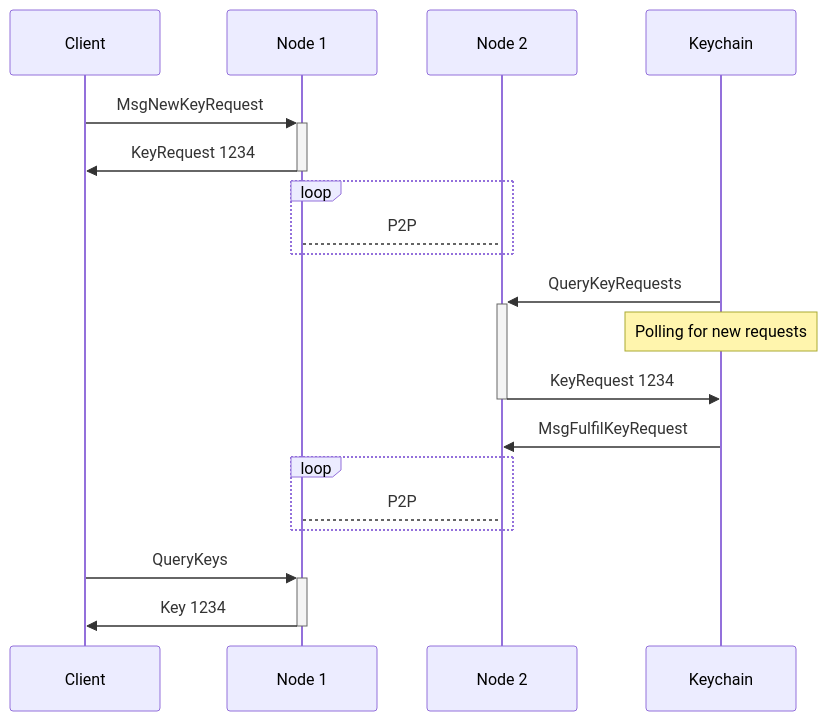
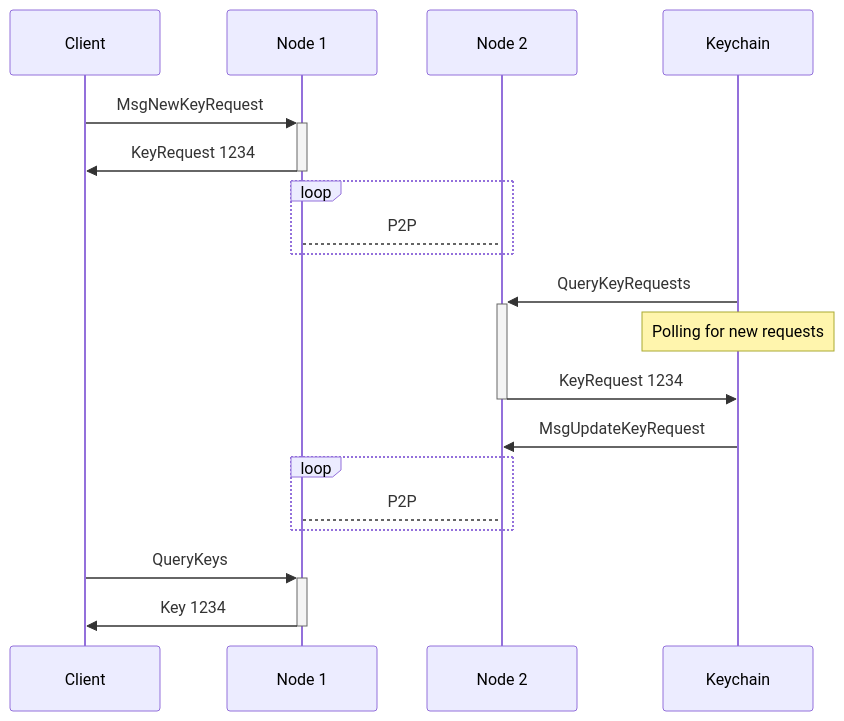
Before and after one commit to warden-protocol/wardenprotocol: the first of 2 diagrams in docs/docs/learn/request-flow.md, drawn with Mermaid. The commit also changed other lines of this file and 3 other files, not shown here.

````diff
--- a/docs/docs/learn/request-flow.md
+++ b/docs/docs/learn/request-flow.md
@@ -65,21 +65,21 @@
 ```mermaid
 sequenceDiagram
     Client->>+Node 1: MsgNewKeyRequest
     Node 1->>-Client: KeyRequest 1234
 
     loop
         Node 1-->Node 2: P2P
     end
 
     Keychain->>+Node 2: QueryKeyRequests
     note over Keychain: Polling for new requests
     Node 2->>-Keychain: KeyRequest 1234
-    Keychain->>Node 2: MsgFulfilKeyRequest
+    Keychain->>Node 2: MsgUpdateKeyRequest
 
     loop
         Node 1-->Node 2: P2P
     end
 
     Client->>+Node 1: QueryKeys
     Node 1->>-Client: Key 1234
 ```
````
